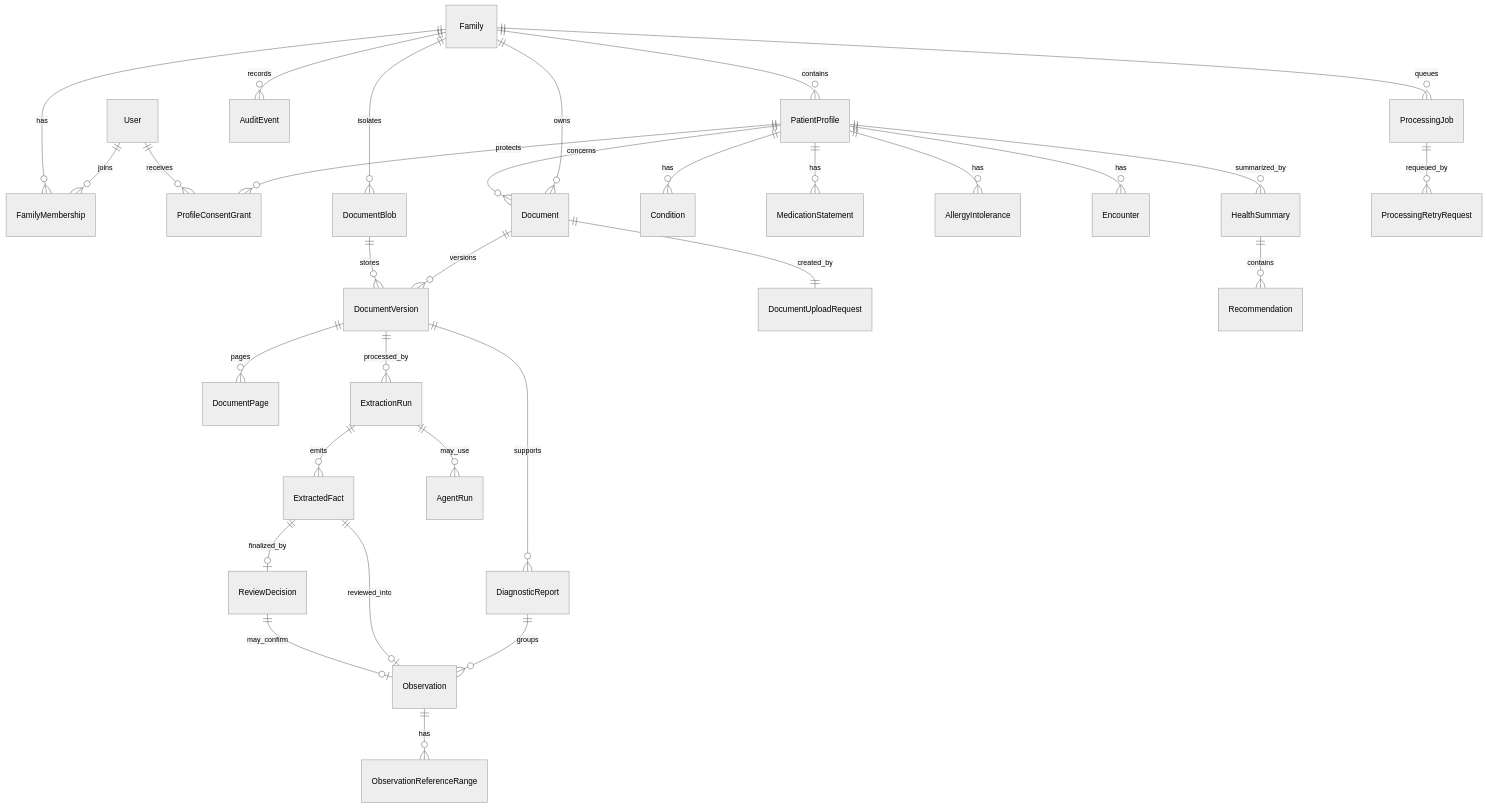
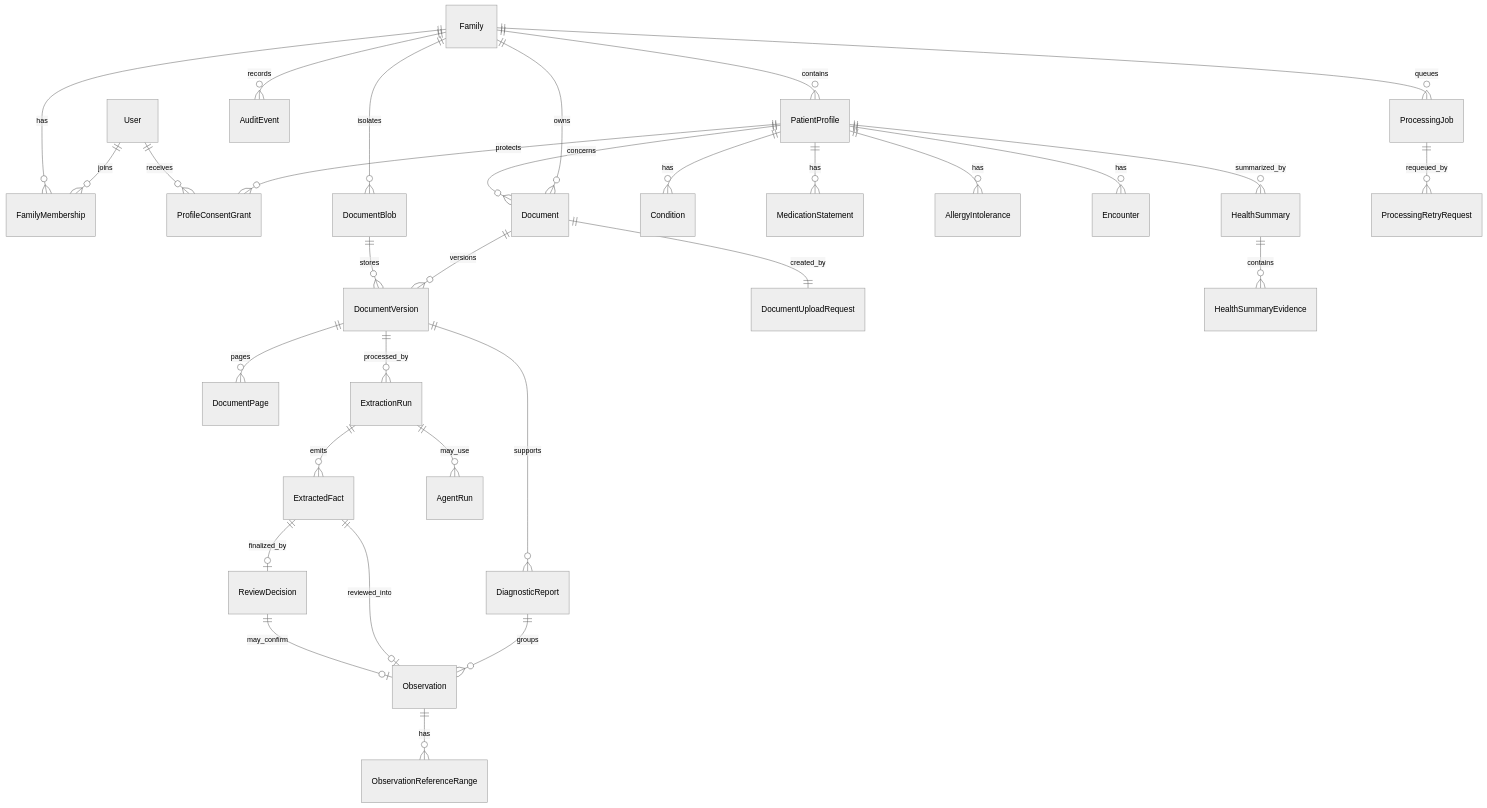
The diagram in docs/er-model.md (Braidner/veylta), drawn with Mermaid (neutral theme) before and after one commit. The commit also changed other lines of this file and 33 other files, not shown here.

Commit message:
feat: add evidence-backed profile summary

````diff
--- a/docs/er-model.md
+++ b/docs/er-model.md
@@ -22,36 +22,36 @@
 ```mermaid
 erDiagram
   User ||--o{ FamilyMembership : joins
   Family ||--o{ FamilyMembership : has
   Family ||--o{ PatientProfile : contains
   PatientProfile ||--o{ ProfileConsentGrant : protects
   User ||--o{ ProfileConsentGrant : receives
 
   Family ||--o{ Document : owns
   PatientProfile ||--o{ Document : concerns
   Document ||--o{ DocumentVersion : versions
   Family ||--o{ DocumentBlob : isolates
   DocumentBlob ||--o{ DocumentVersion : stores
   Document ||--|| DocumentUploadRequest : created_by
   DocumentVersion ||--o{ DocumentPage : pages
   DocumentVersion ||--o{ ExtractionRun : processed_by
   ExtractionRun ||--o{ ExtractedFact : emits
   DocumentVersion ||--o{ DiagnosticReport : supports
   DiagnosticReport ||--o{ Observation : groups
   ExtractedFact ||--o| ReviewDecision : finalized_by
   ExtractedFact ||--o| Observation : reviewed_into
   ReviewDecision ||--o| Observation : may_confirm
   Observation ||--o{ ObservationReferenceRange : has
 
   PatientProfile ||--o{ Condition : has
   PatientProfile ||--o{ MedicationStatement : has
   PatientProfile ||--o{ AllergyIntolerance : has
   PatientProfile ||--o{ Encounter : has
   PatientProfile ||--o{ HealthSummary : summarized_by
-  HealthSummary ||--o{ Recommendation : contains
+  HealthSummary ||--o{ HealthSummaryEvidence : contains
 
   ExtractionRun ||--o{ AgentRun : may_use
   Family ||--o{ AuditEvent : records
   Family ||--o{ ProcessingJob : queues
   ProcessingJob ||--o{ ProcessingRetryRequest : requeued_by
 ```
````
